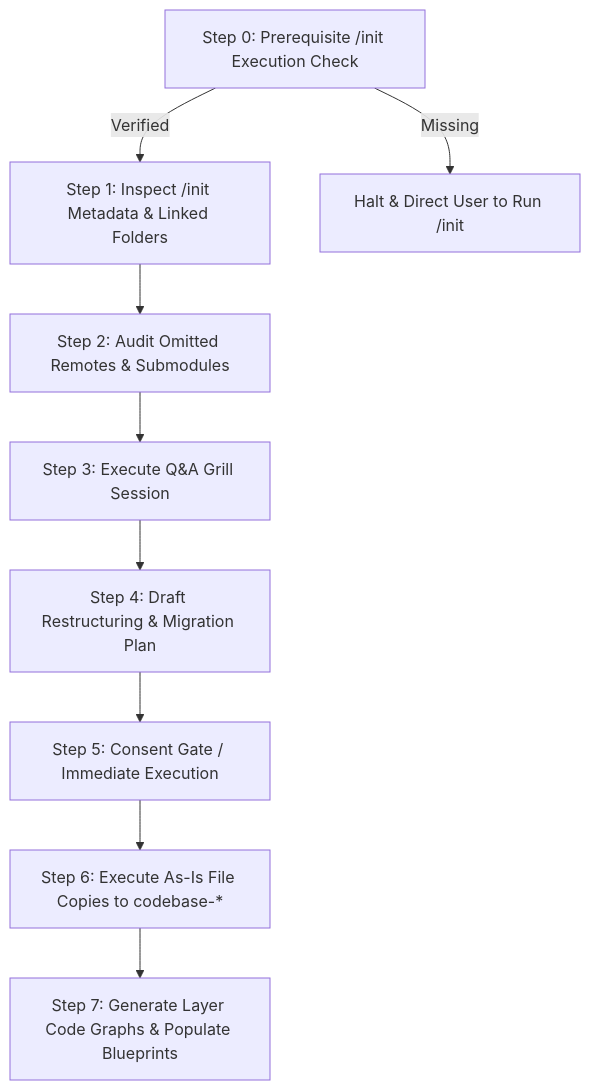
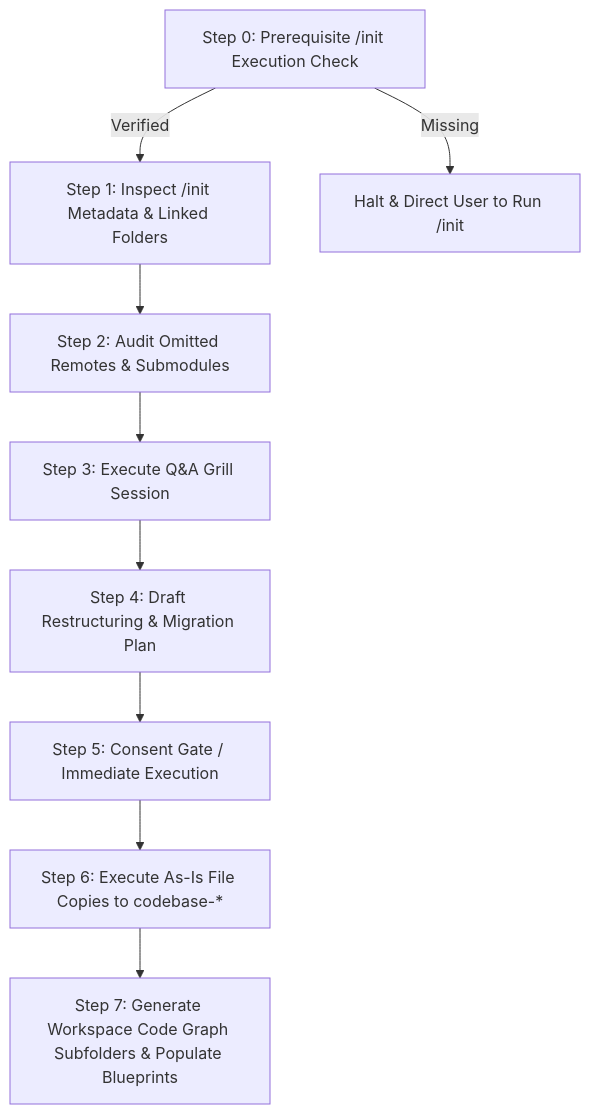
Before and after one commit to hrvthgergo/agent-driven-templates: the second of 2 diagrams in fullstack_software_dev/process_history/process_history_workflow.md, drawn with Mermaid. The commit also changed other lines of this file and 8 other files, not shown here.

Commit message:
feat: complete /process-history specifications, antigravity implementation map, test suite, and workspace code graphs

````diff
--- a/fullstack_software_dev/process_history/process_history_workflow.md
+++ b/fullstack_software_dev/process_history/process_history_workflow.md
@@ -72,11 +76,11 @@
 ```mermaid
 graph TD
     S0[Step 0: Prerequisite /init Execution Check] -->|Verified| S1[Step 1: Inspect /init Metadata & Linked Folders]
     S0 -->|Missing| Err[Halt & Direct User to Run /init]
     S1 --> S2[Step 2: Audit Omitted Remotes & Submodules]
     S2 --> S3[Step 3: Execute Q&A Grill Session]
     S3 --> S4[Step 4: Draft Restructuring & Migration Plan]
     S4 --> S5[Step 5: Consent Gate / Immediate Execution]
     S5 --> S6[Step 6: Execute As-Is File Copies to codebase-*]
-    S6 --> S7[Step 7: Generate Layer Code Graphs & Populate Blueprints]
+    S6 --> S7[Step 7: Generate Workspace Code Graph Subfolders & Populate Blueprints]
 ```
````
